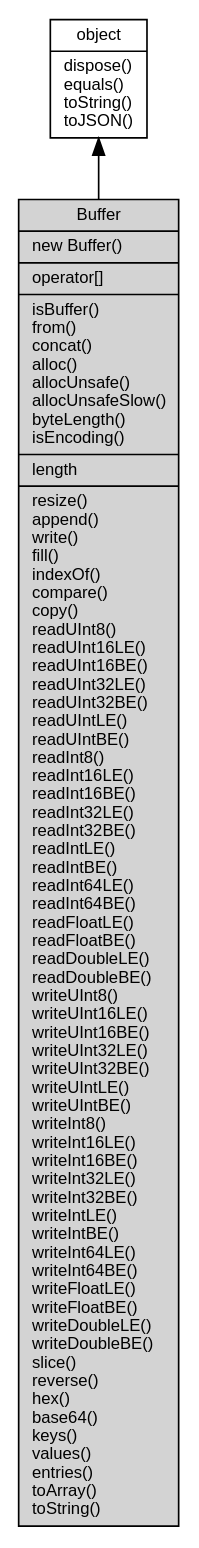
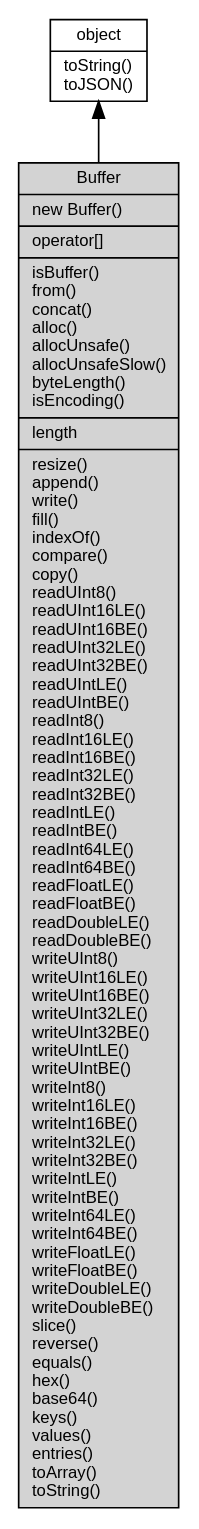
The diagram in docs/manual/object/ifs/Buffer.md (fibjs/fibjs.org), drawn with Graphviz before and after one commit. The commit also changed other lines of this file and 300 other files, not shown here.

````diff
--- a/docs/manual/object/ifs/Buffer.md
+++ b/docs/manual/object/ifs/Buffer.md
@@ -11,10 +11,10 @@
 ```dot
 digraph {
     node [fontname="Helvetica,sans-Serif", fontsize=10, shape="record", style="filled", fillcolor="white"];
 
-    object [tooltip="object", URL="object.md", label="{object|dispose()\lequals()\ltoString()\ltoJSON()\l}"];
-    Buffer [tooltip="Buffer", fillcolor="lightgray", id="me", label="{Buffer|new Buffer()\l|operator[]\l|isBuffer()\lfrom()\lconcat()\lalloc()\lallocUnsafe()\lallocUnsafeSlow()\lbyteLength()\lisEncoding()\l|length\l|resize()\lappend()\lwrite()\lfill()\lindexOf()\lcompare()\lcopy()\lreadUInt8()\lreadUInt16LE()\lreadUInt16BE()\lreadUInt32LE()\lreadUInt32BE()\lreadUIntLE()\lreadUIntBE()\lreadInt8()\lreadInt16LE()\lreadInt16BE()\lreadInt32LE()\lreadInt32BE()\lreadIntLE()\lreadIntBE()\lreadInt64LE()\lreadInt64BE()\lreadFloatLE()\lreadFloatBE()\lreadDoubleLE()\lreadDoubleBE()\lwriteUInt8()\lwriteUInt16LE()\lwriteUInt16BE()\lwriteUInt32LE()\lwriteUInt32BE()\lwriteUIntLE()\lwriteUIntBE()\lwriteInt8()\lwriteInt16LE()\lwriteInt16BE()\lwriteInt32LE()\lwriteInt32BE()\lwriteIntLE()\lwriteIntBE()\lwriteInt64LE()\lwriteInt64BE()\lwriteFloatLE()\lwriteFloatBE()\lwriteDoubleLE()\lwriteDoubleBE()\lslice()\lreverse()\lhex()\lbase64()\lkeys()\lvalues()\lentries()\ltoArray()\ltoString()\l}"];
+    object [tooltip="object", URL="object.md", label="{object|toString()\ltoJSON()\l}"];
+    Buffer [tooltip="Buffer", fillcolor="lightgray", id="me", label="{Buffer|new Buffer()\l|operator[]\l|isBuffer()\lfrom()\lconcat()\lalloc()\lallocUnsafe()\lallocUnsafeSlow()\lbyteLength()\lisEncoding()\l|length\l|resize()\lappend()\lwrite()\lfill()\lindexOf()\lcompare()\lcopy()\lreadUInt8()\lreadUInt16LE()\lreadUInt16BE()\lreadUInt32LE()\lreadUInt32BE()\lreadUIntLE()\lreadUIntBE()\lreadInt8()\lreadInt16LE()\lreadInt16BE()\lreadInt32LE()\lreadInt32BE()\lreadIntLE()\lreadIntBE()\lreadInt64LE()\lreadInt64BE()\lreadFloatLE()\lreadFloatBE()\lreadDoubleLE()\lreadDoubleBE()\lwriteUInt8()\lwriteUInt16LE()\lwriteUInt16BE()\lwriteUInt32LE()\lwriteUInt32BE()\lwriteUIntLE()\lwriteUIntBE()\lwriteInt8()\lwriteInt16LE()\lwriteInt16BE()\lwriteInt32LE()\lwriteInt32BE()\lwriteIntLE()\lwriteIntBE()\lwriteInt64LE()\lwriteInt64BE()\lwriteFloatLE()\lwriteFloatBE()\lwriteDoubleLE()\lwriteDoubleBE()\lslice()\lreverse()\lequals()\lhex()\lbase64()\lkeys()\lvalues()\lentries()\ltoArray()\ltoString()\l}"];
 
     object -> Buffer [dir=back];
 }
 ```
````
